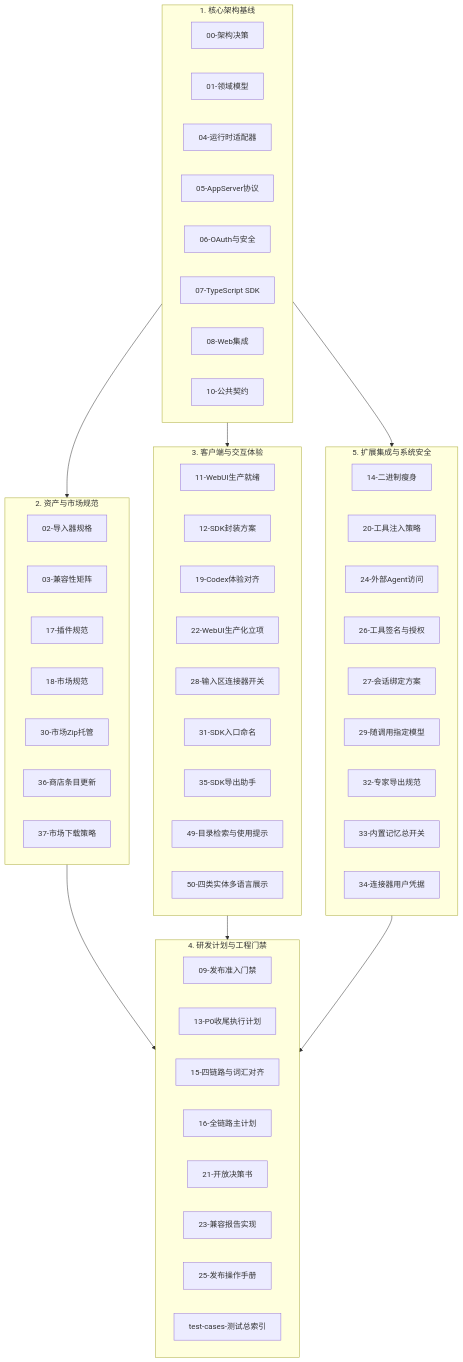
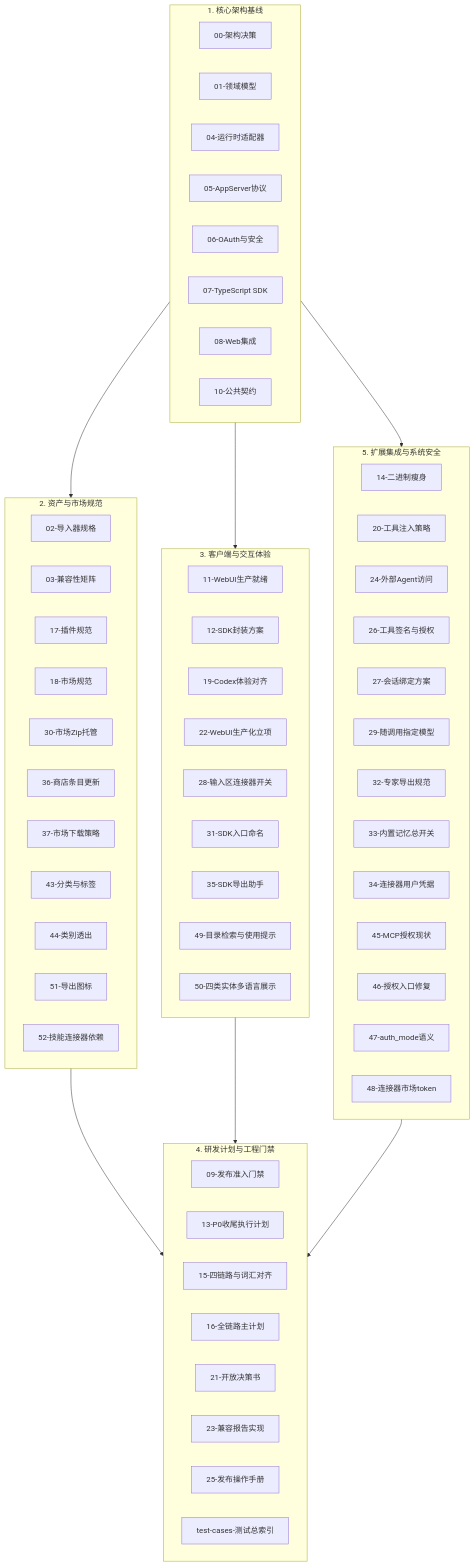
Before and after one commit to Michael-Lfx/allo: the diagram in docs/agent-store/README.md, drawn with Mermaid. The commit also changed other lines of this file and 9 other files, not shown here.

````diff
--- a/docs/agent-store/README.md
+++ b/docs/agent-store/README.md
@@ -15,65 +15,73 @@
 ```mermaid
 flowchart TD
     subgraph D1["1. 核心架构基线"]
         A00["00-架构决策"]
         A01["01-领域模型"]
         A04["04-运行时适配器"]
         A05["05-AppServer协议"]
         A06["06-OAuth与安全"]
         A07["07-TypeScript SDK"]
         A08["08-Web集成"]
         A10["10-公共契约"]
     end
 
     subgraph D2["2. 资产与市场规范"]
         A02["02-导入器规格"]
         A03["03-兼容性矩阵"]
         A17["17-插件规范"]
         A18["18-市场规范"]
         A30["30-市场Zip托管"]
         A36["36-商店条目更新"]
         A37["37-市场下载策略"]
+        A43["43-分类与标签"]
+        A44["44-类别透出"]
+        A51["51-导出图标"]
+        A52["52-技能连接器依赖"]
     end
 
     subgraph D3["3. 客户端与交互体验"]
         A11["11-WebUI生产就绪"]
         A12["12-SDK封装方案"]
         A19["19-Codex体验对齐"]
         A22["22-WebUI生产化立项"]
         A28["28-输入区连接器开关"]
         A31["31-SDK入口命名"]
         A35["35-SDK导出助手"]
         A49["49-目录检索与使用提示"]
         A50["50-四类实体多语言展示"]
     end
 
     subgraph D4["4. 研发计划与工程门禁"]
         A09["09-发布准入门禁"]
         A13["13-P0收尾执行计划"]
         A15["15-四链路与词汇对齐"]
         A16["16-全链路主计划"]
         A21["21-开放决策书"]
         A23["23-兼容报告实现"]
         A25["25-发布操作手册"]
         ATC["test-cases-测试总索引"]
     end
 
     subgraph D5["5. 扩展集成与系统安全"]
         A14["14-二进制瘦身"]
         A20["20-工具注入策略"]
         A24["24-外部Agent访问"]
         A26["26-工具签名与授权"]
         A27["27-会话绑定方案"]
         A29["29-随调用指定模型"]
         A32["32-专家导出规范"]
         A33["33-内置记忆总开关"]
         A34["34-连接器用户凭据"]
+        A45["45-MCP授权现状"]
+        A46["46-授权入口修复"]
+        A47["47-auth_mode语义"]
+        A48["48-连接器市场token"]
     end
 
     D1 --> D2
     D2 --> D4
     D1 --> D3
     D3 --> D4
     D1 --> D5
     D5 --> D4
 ```
````
